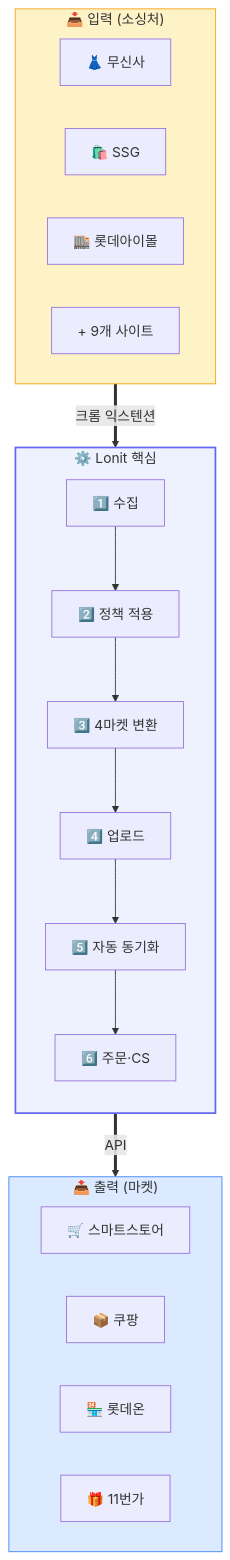
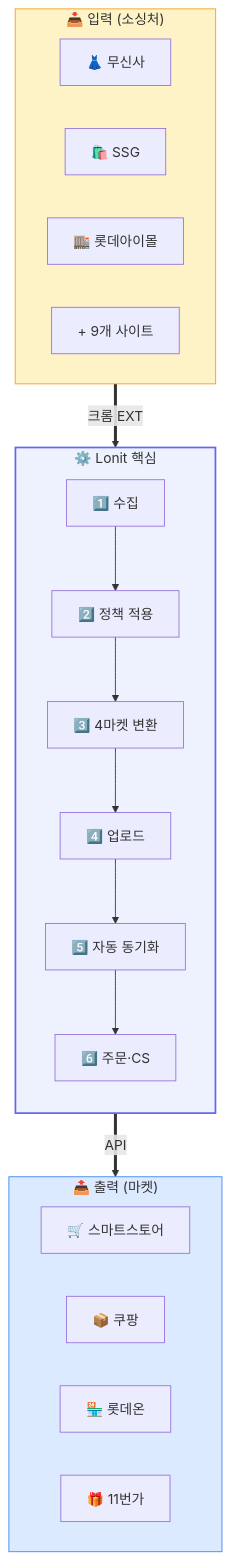
The first of 10 diagrams in docs/02-architecture.md (cksdud5785-design/lonit-manual), drawn with Mermaid before and after one commit. The commit also changed other lines of this file and 17 other files, not shown here.

First line of the commit message:
fix: mermaid 한국어 ID → ASCII + 더망고 → T사 일괄 변경

````diff
--- a/docs/02-architecture.md
+++ b/docs/02-architecture.md
@@ -11,34 +11,34 @@
 ```mermaid
 flowchart TB
-    subgraph 입력["📥 입력 (소싱처)"]
+    subgraph INPUT["📥 입력 (소싱처)"]
         direction LR
         I1[👗 무신사]
         I2[🛍️ SSG]
         I3[🏬 롯데아이몰]
         I4[+ 9개 사이트]
     end
 
-    subgraph 핵심["⚙️ Lonit 핵심"]
+    subgraph CORE["⚙️ Lonit 핵심"]
         direction TB
         S1[1️⃣ 수집] --> S2[2️⃣ 정책 적용]
         S2 --> S3[3️⃣ 4마켓 변환]
         S3 --> S4[4️⃣ 업로드]
         S4 --> S5[5️⃣ 자동 동기화]
         S5 --> S6[6️⃣ 주문·CS]
     end
 
-    subgraph 출력["📤 출력 (마켓)"]
+    subgraph OUTPUT["📤 출력 (마켓)"]
         direction LR
         O1[🛒 스마트스토어]
         O2[📦 쿠팡]
         O3[🏪 롯데온]
         O4[🎁 11번가]
     end
 
-    입력 ==>|크롬 익스텐션| 핵심
-    핵심 ==>|API| 출력
+    INPUT ==>|크롬 EXT| CORE
+    CORE ==>|API| OUTPUT
     
-    style 핵심 fill:#eef2ff,stroke:#6366f1,stroke-width:2px
-    style 입력 fill:#fef3c7,stroke:#f59e0b
-    style 출력 fill:#dbeafe,stroke:#3b82f6
+    style CORE fill:#eef2ff,stroke:#6366f1,stroke-width:2px
+    style INPUT fill:#fef3c7,stroke:#f59e0b
+    style OUTPUT fill:#dbeafe,stroke:#3b82f6
 ```
````
